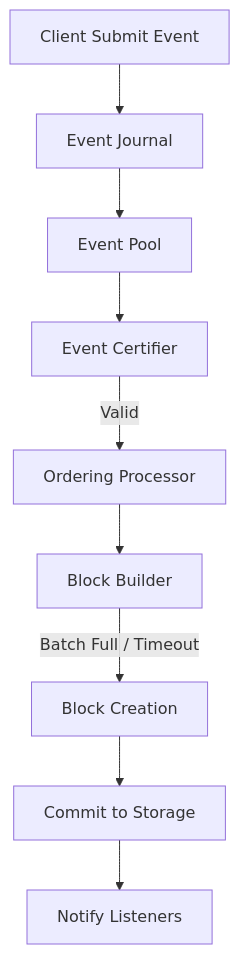
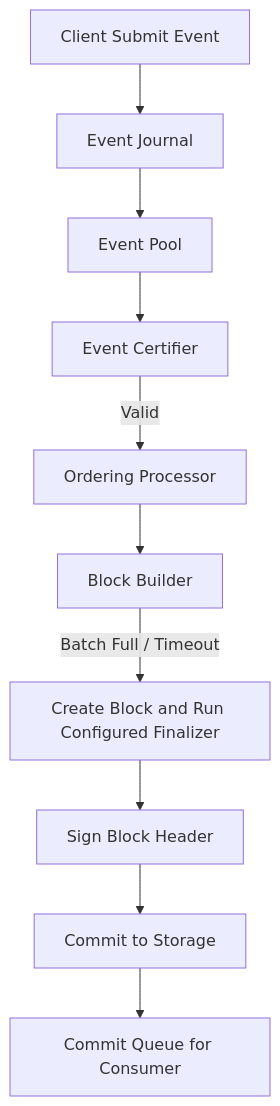
One commit to VanDung-dev/HieraChain changed the diagram in docs/en/consensus/ordering.md. Above: the diagram before and after it, drawn with Mermaid. The commit also changed other lines of this file and 158 other files, not shown here.

````diff
--- a/docs/en/consensus/ordering.md
+++ b/docs/en/consensus/ordering.md
@@ -35,11 +31,12 @@
 ```mermaid
 graph TD
     A[Client Submit Event] --> B[Event Journal]
     B --> C[Event Pool]
     C --> D[Event Certifier]
     D -- Valid --> E[Ordering Processor]
     E --> F[Block Builder]
-    F -- Batch Full / Timeout --> G[Block Creation]
-    G --> H[Commit to Storage]
-    H --> I[Notify Listeners]
+    F -- Batch Full / Timeout --> G[Create Block and Run Configured Finalizer]
+    G --> S[Sign Block Header]
+    S --> H[Commit to Storage]
+    H --> I[Commit Queue for Consumer]
 ```
````
